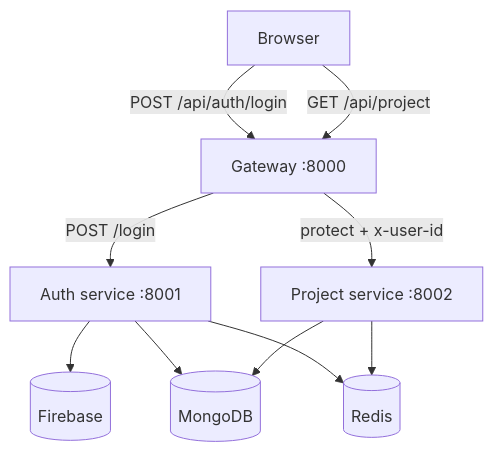
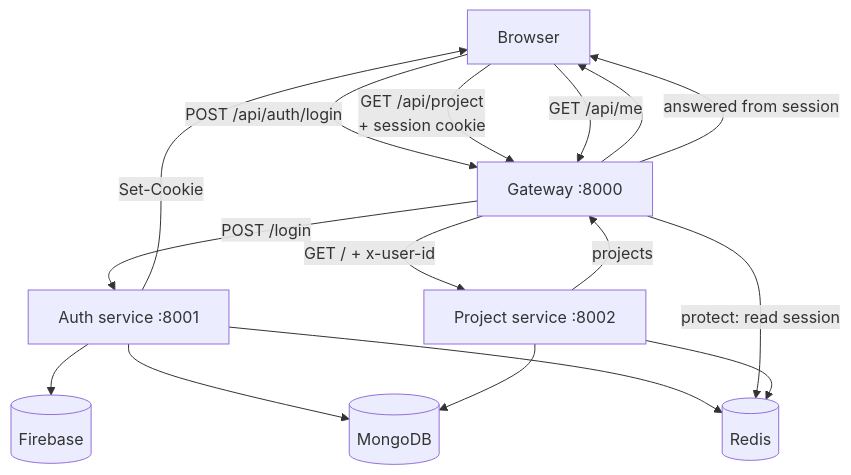
The diagram in docs/backend/README.md (yamanhassan1/NexPulse), drawn with Mermaid before and after one commit. The commit also changed other lines of this file and 33 other files, not shown here.

Commit message:
docs: add contributing, deployment, troubleshooting, and reference guides; update roadmap

````diff
--- a/docs/backend/README.md
+++ b/docs/backend/README.md
@@ -81,13 +111,21 @@
 ```mermaid
 flowchart TD
-    B[Browser] -->|POST /api/auth/login| G[Gateway :8000]
-    G -->|POST /login| A[Auth service :8001]
-    A --> F[(Firebase)]
-    A --> M[(MongoDB)]
-    A --> R[(Redis)]
+    B["Browser"]
+    B -->|"POST /api/auth/login"| G["Gateway :8000"]
+    G -->|"POST /login"| A["Auth service :8001"]
+    A --> F[("Firebase")]
+    A --> M[("MongoDB")]
+    A --> R[("Redis")]
+    A -->|"Set-Cookie"| B
 
-    B -->|GET /api/project| G
-    G -->|protect + x-user-id| P[Project service :8002]
+    B -->|"GET /api/project<br>+ session cookie"| G
+    G -->|"protect: read session"| R
+    G -->|"GET / + x-user-id"| P["Project service :8002"]
     P --> M
     P --> R
+    P -->|"projects"| G
+    G --> B
+
+    B -->|"GET /api/me"| G
+    G -->|"answered from session"| B
 ```
````
